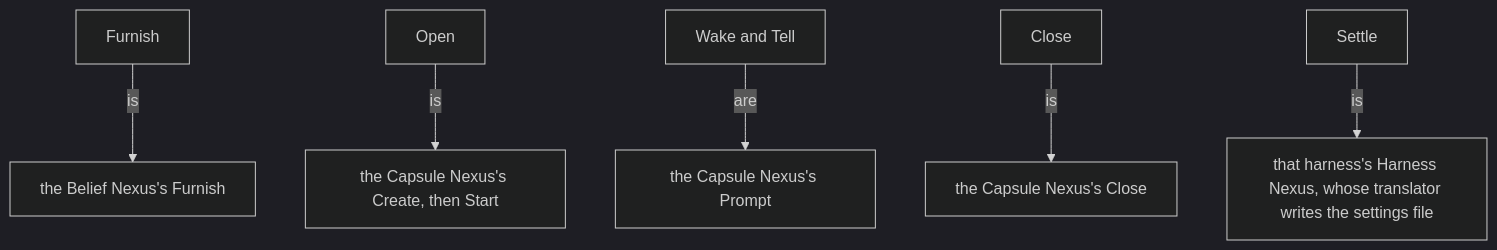
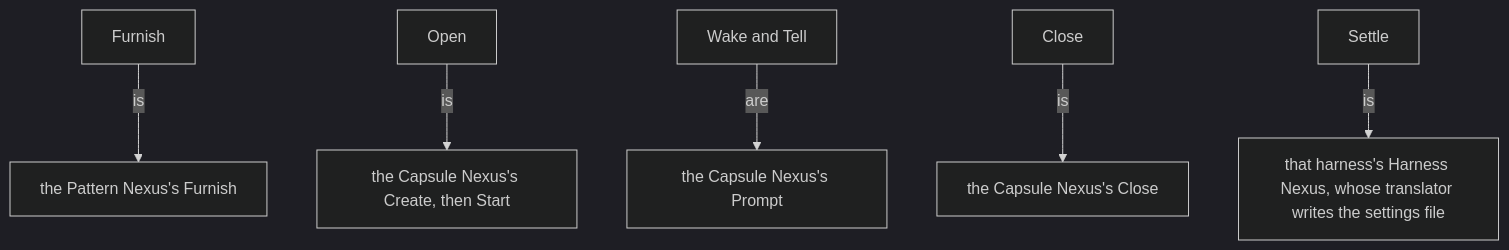
Before and after one commit to LiGoldragon/mind-belief: the second of 7 diagrams in notion/flow-nexus/1.md, drawn with Mermaid (dark theme). The commit also changed other lines of this file and 4 other files, not shown here.

First line of the commit message:
belief becomes pattern, in prose (the living's word)

````diff
--- a/notion/flow-nexus/1.md
+++ b/notion/flow-nexus/1.md
@@ -25,8 +25,8 @@
 ```mermaid
 flowchart TB
-    fu["Furnish"] -- "is" --> b["the Belief Nexus's Furnish"]
+    fu["Furnish"] -- "is" --> b["the Pattern Nexus's Furnish"]
     op["Open"] -- "is" --> cs["the Capsule Nexus's Create, then Start"]
     wa["Wake and Tell"] -- "are" --> cp["the Capsule Nexus's Prompt"]
     cl["Close"] -- "is" --> cc["the Capsule Nexus's Close"]
     se["Settle"] -- "is" --> h["that harness's Harness Nexus, whose translator writes the settings file"]
 ```
````
